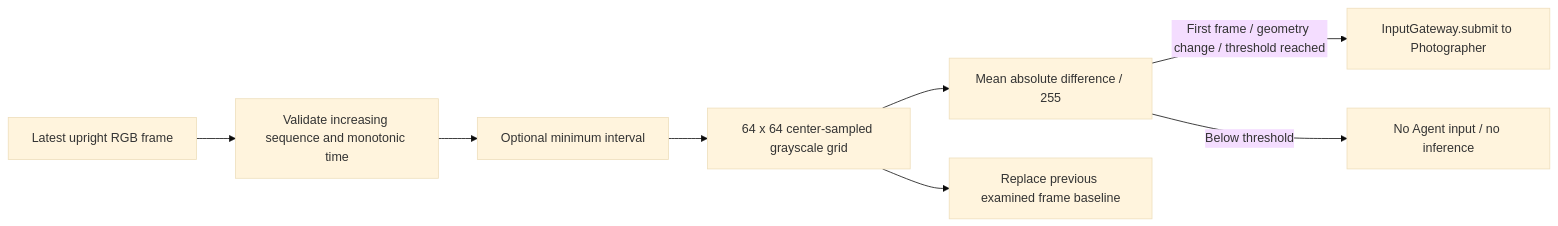
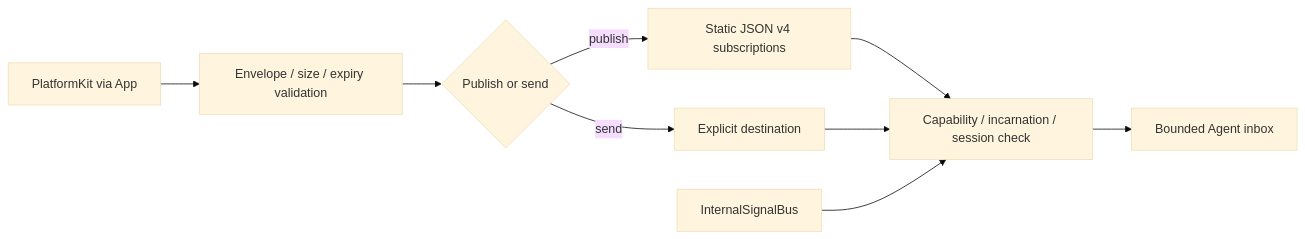
The diagram in MobileHarness/Gateway/Input/README.md (devilyouwei/MobileHarness), drawn with Mermaid (base theme) before and after one commit. The commit also changed other lines of this file and 43 other files, not shown here.

Commit message:
Enforce pure gateway boundaries and complete perception migration validation

````diff
--- a/MobileHarness/Gateway/Input/README.md
+++ b/MobileHarness/Gateway/Input/README.md
@@ -65,10 +11,11 @@
 ```mermaid
 flowchart LR
-    Camera[Latest upright RGB frame] --> Order[Validate increasing sequence and monotonic time]
-    Order --> Interval[Optional minimum interval]
-    Interval --> Gray[64 x 64 center-sampled grayscale grid]
-    Gray --> Difference[Mean absolute difference / 255]
-    Difference -->|First frame / geometry change / threshold reached| Gateway[InputGateway.submit to Photographer]
-    Difference -->|Below threshold| Idle[No Agent input / no inference]
-    Gray --> Baseline[Replace previous examined frame baseline]
+    Platform[PlatformKit via App] --> Validate[Envelope / size / expiry validation]
+    Validate --> Route{Publish or send}
+    Route -->|publish| Policy[Static JSON v4 subscriptions]
+    Route -->|send| Target[Explicit destination]
+    Policy --> Admit[Capability / incarnation / session check]
+    Target --> Admit
+    Bus[InternalSignalBus] --> Admit
+    Admit --> Inbox[Bounded Agent inbox]
 ```
````
